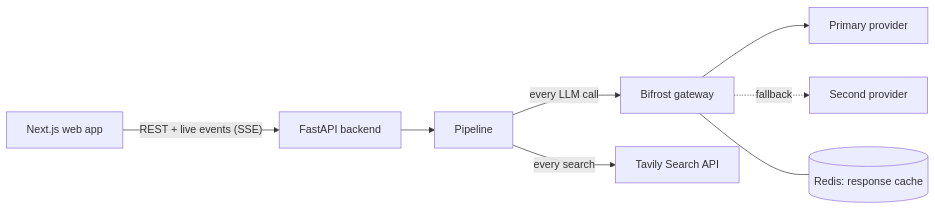
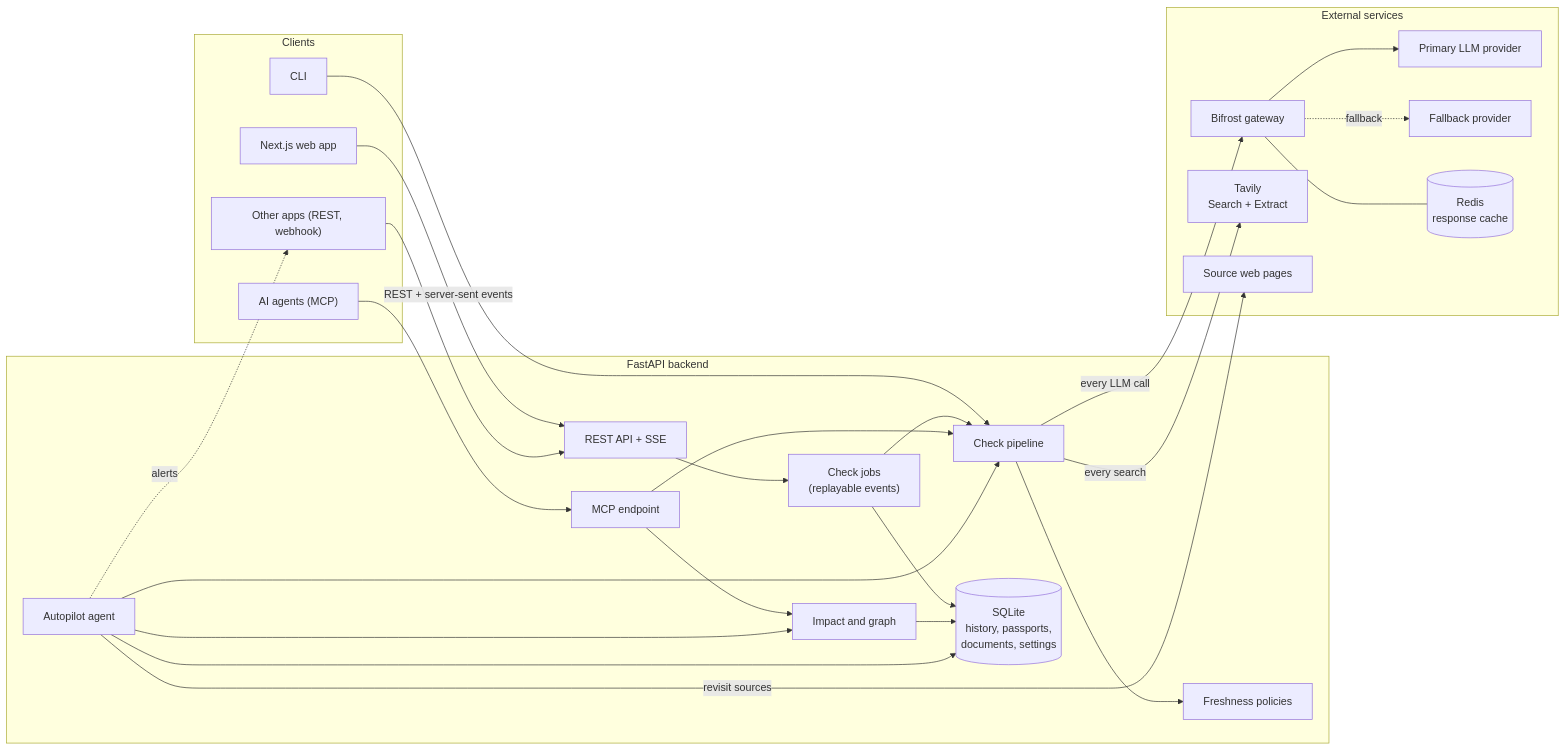
One commit to harshbansal111/ShelfLife changed the first of 4 diagrams in README.md. Above: the diagram before and after it, drawn with Mermaid. The commit also changed other lines of this file, not shown here.

````diff
--- a/README.md
+++ b/README.md
@@ -102,10 +147,50 @@
 ```mermaid
 flowchart LR
-    UI["Next.js web app"] -- "REST + live events (SSE)" --> API["FastAPI backend"]
-    API --> P["Pipeline"]
-    P -- "every LLM call" --> B["Bifrost gateway"]
-    B --> A["Primary provider"]
-    B -. "fallback" .-> F["Second provider"]
-    B --- R[("Redis: response cache")]
-    P -- "every search" --> T["Tavily Search API"]
+    subgraph Clients
+        UI["Next.js web app"]
+        AG["AI agents (MCP)"]
+        APP["Other apps (REST, webhook)"]
+        CLI["CLI"]
+    end
+
+    subgraph Backend["FastAPI backend"]
+        API["REST API + SSE"]
+        MCP["MCP endpoint"]
+        JOBS["Check jobs<br/>(replayable events)"]
+        PIPE["Check pipeline"]
+        IMP["Impact and graph"]
+        POL["Freshness policies"]
+        AUTO["Autopilot agent"]
+        DB[("SQLite<br/>history, passports,<br/>documents, settings")]
+    end
+
+    subgraph Services["External services"]
+        BF["Bifrost gateway"]
+        P1["Primary LLM provider"]
+        P2["Fallback provider"]
+        RD[("Redis<br/>response cache")]
+        TV["Tavily<br/>Search + Extract"]
+        WEB["Source web pages"]
+    end
+
+    UI -- "REST + server-sent events" --> API
+    AG --> MCP
+    APP --> API
+    CLI --> PIPE
+    API --> JOBS --> PIPE
+    MCP --> PIPE
+    MCP --> IMP
+    AUTO --> PIPE
+    AUTO --> IMP
+    AUTO -- "revisit sources" --> WEB
+    PIPE --> POL
+    PIPE -- "every LLM call" --> BF
+    BF --> P1
+    BF -. "fallback" .-> P2
+    BF --- RD
+    PIPE -- "every search" --> TV
+    JOBS --> DB
+    IMP --> DB
+    AUTO --> DB
+    AUTO -. "alerts" .-> APP
 ```
````
